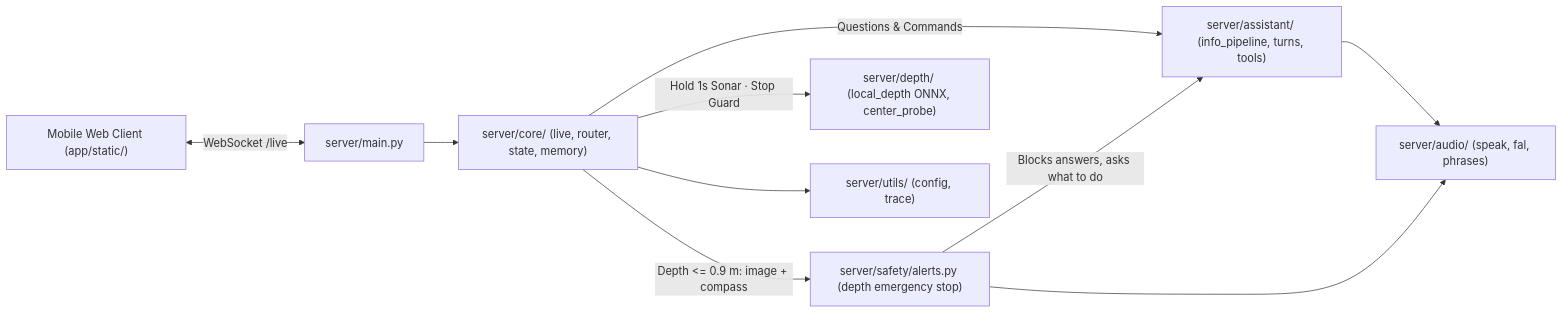
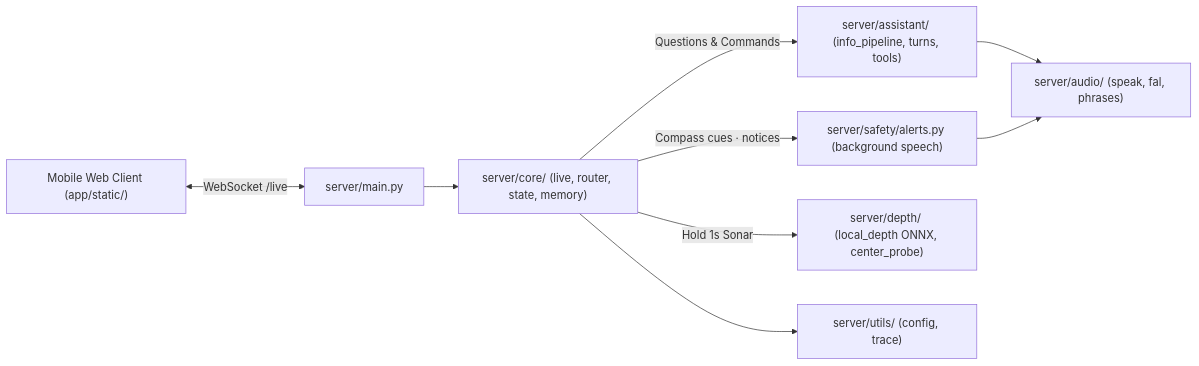
The diagram in README.md (Mike17K/genaisummit2026), drawn with Mermaid before and after one commit. The commit also changed other lines of this file and 28 other files, not shown here.

````diff
--- a/README.md
+++ b/README.md
@@ -11,12 +11,11 @@
 ```mermaid
 flowchart LR
     Phone["Mobile Web Client (app/static/)"] <-->|"WebSocket /live"| Main["server/main.py"]
     Main --> Core["server/core/ (live, router, state, memory)"]
     Core -->|"Questions & Commands"| Asst["server/assistant/ (info_pipeline, turns, tools)"]
-    Core -->|"Depth <= 0.9 m: image + compass"| Safe["server/safety/alerts.py (depth emergency stop)"]
-    Core -->|"Hold 1s Sonar · Stop Guard"| Depth["server/depth/ (local_depth ONNX, center_probe)"]
+    Core -->|"Compass cues · notices"| Safe["server/safety/alerts.py (background speech)"]
+    Core -->|"Hold 1s Sonar"| Depth["server/depth/ (local_depth ONNX, center_probe)"]
     Asst --> Audio["server/audio/ (speak, fal, phrases)"]
     Safe --> Audio
-    Safe -->|"Blocks answers, asks what to do"| Asst
     Core --> Utils["server/utils/ (config, trace)"]
 ```
````
